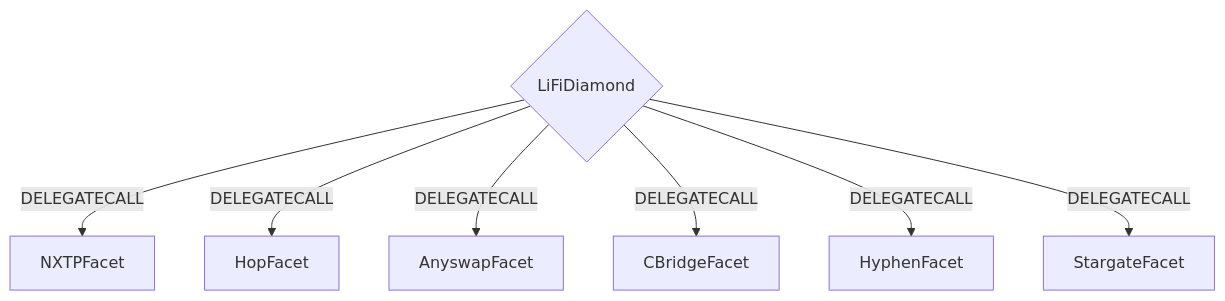
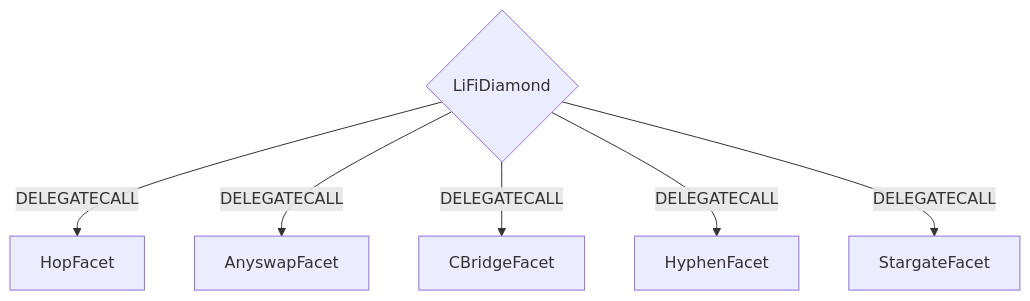
One commit to lifinance/contracts changed the first of 2 diagrams in README.md. Above: the diagram before and after it, drawn with Mermaid. The commit also changed other lines of this file and 6 other files, not shown here.

````diff
--- a/README.md
+++ b/README.md
@@ -110,9 +110,8 @@
 ```mermaid
 graph TD;
-    D{LiFiDiamond}-- DELEGATECALL -->NXTPFacet;
     D{LiFiDiamond}-- DELEGATECALL -->HopFacet;
     D{LiFiDiamond}-- DELEGATECALL -->AnyswapFacet;
     D{LiFiDiamond}-- DELEGATECALL -->CBridgeFacet;
     D{LiFiDiamond}-- DELEGATECALL -->HyphenFacet;
     D{LiFiDiamond}-- DELEGATECALL -->StargateFacet;
 ```
````
